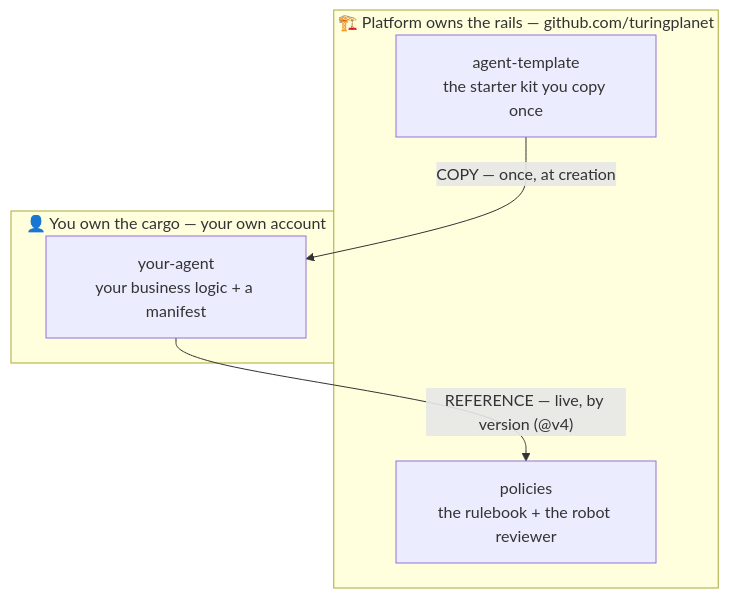
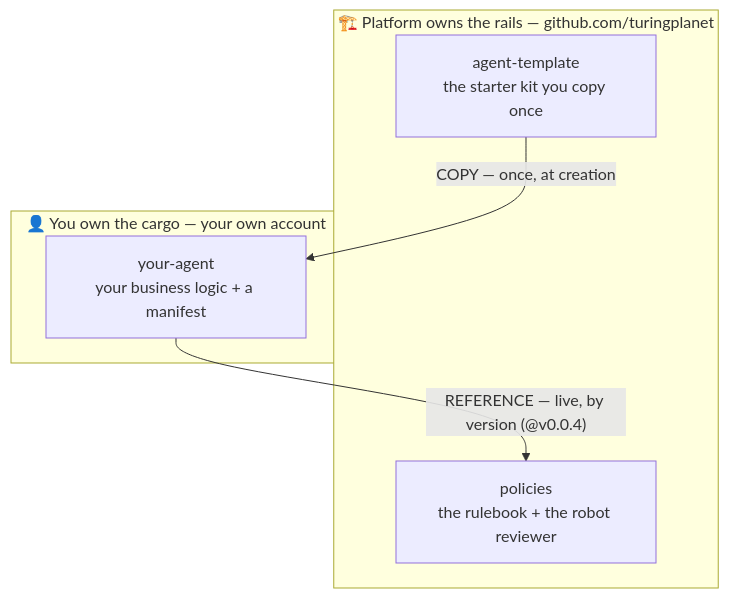
The first of 5 diagrams in README.md (turingplanet/agent-legion), drawn with Mermaid before and after one commit. The commit also changed other lines of this file, not shown here.

Commit message:
docs: rename version refs to semver (@v0.0.x)

````diff
--- a/README.md
+++ b/README.md
@@ -13,12 +13,12 @@
 ```mermaid
 flowchart TB
     subgraph Platform["🏗️ Platform owns the rails — github.com/turingplanet"]
         TPL["agent-template<br/>the starter kit you copy once"]
         POL["policies<br/>the rulebook + the robot reviewer"]
     end
     subgraph You["👤 You own the cargo — your own account"]
         MR["your-agent<br/>your business logic + a manifest"]
     end
     TPL -- "COPY — once, at creation" --> MR
-    MR -- "REFERENCE — live, by version (@v4)" --> POL
+    MR -- "REFERENCE — live, by version (@v0.0.4)" --> POL
 ```
````
